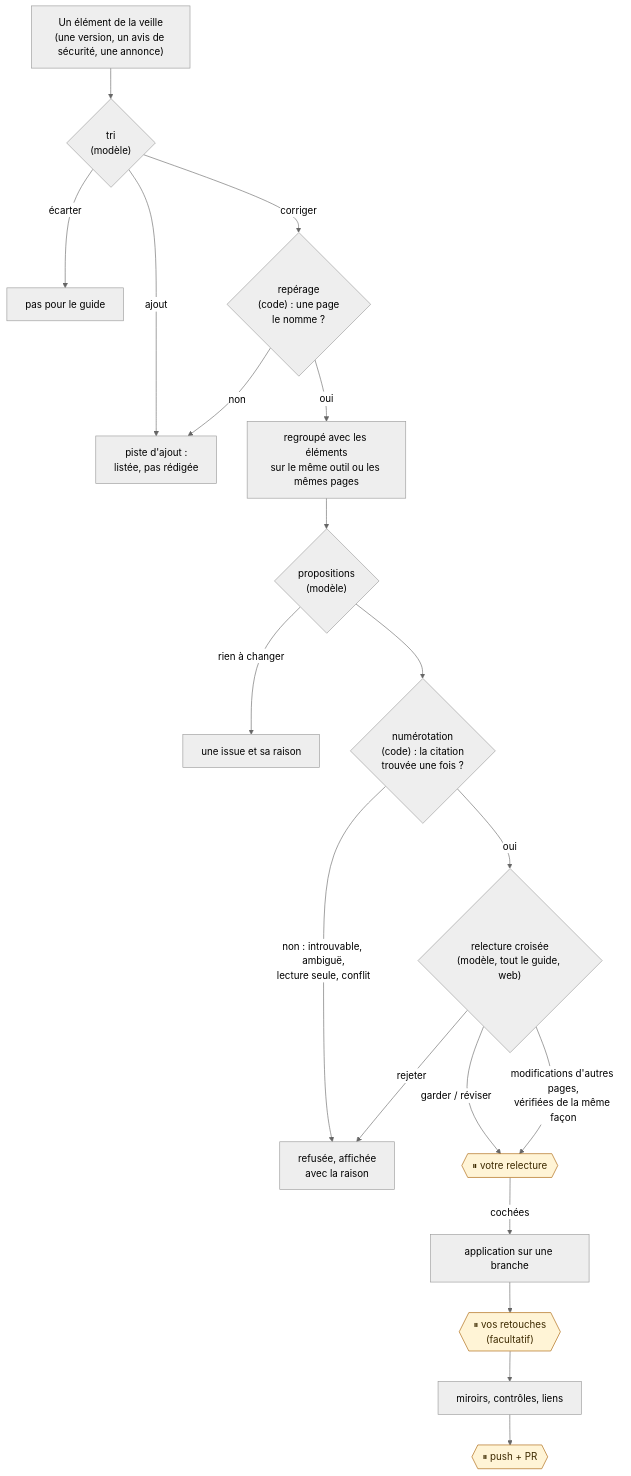
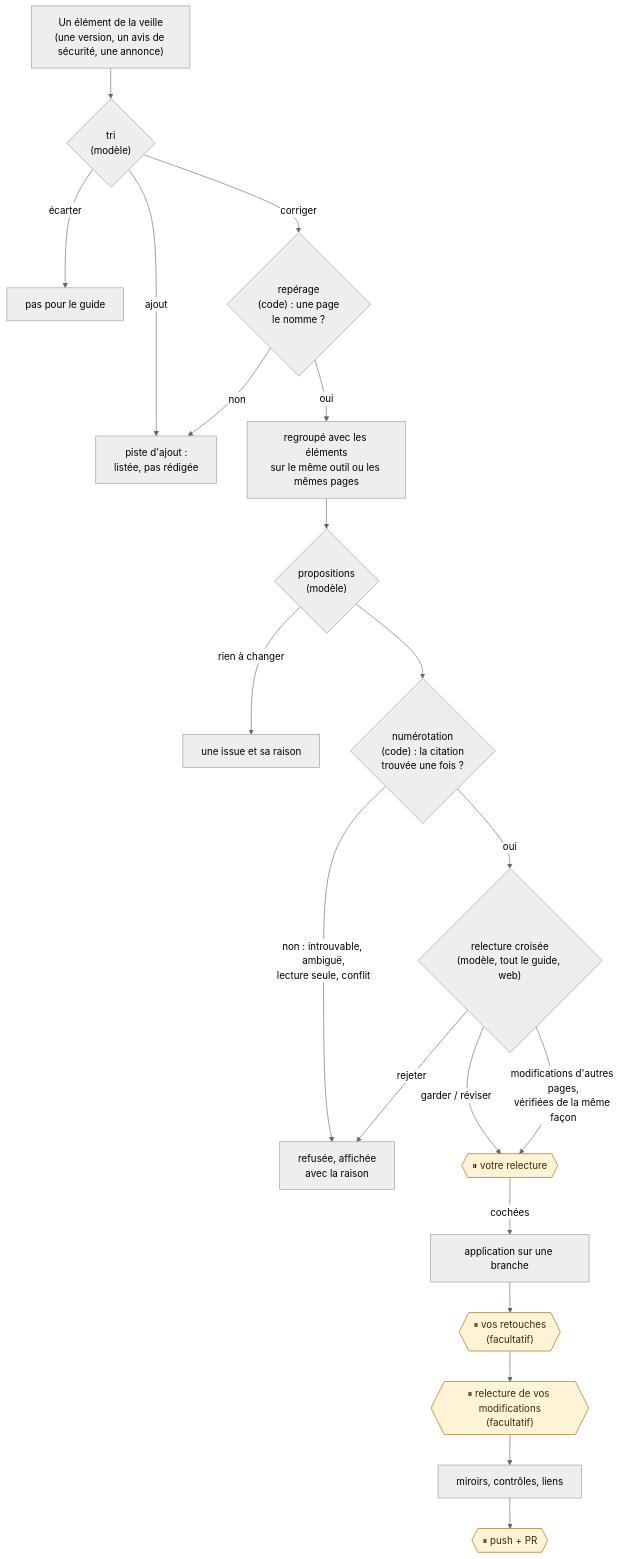
One commit to DamienBecherini/vault-watch-agent changed the diagram in docs/fr/run.md. Above: the diagram before and after it, drawn with Mermaid (neutral theme). The commit also changed other lines of this file and 6 other files, not shown here.

Commit message:
docs(proofread): the proofreading of the editor's edits in a run: both diagrams of the README, the five pauses, run.md (the pause, the publish loop, the command line), code.md, CHANGELOG

````diff
--- a/docs/fr/run.md
+++ b/docs/fr/run.md
@@ -10,21 +10,22 @@
 ```mermaid
 flowchart TD
   item["Un élément de la veille<br/>(une version, un avis de sécurité, une annonce)"] --> triage{"tri<br/>(modèle)"}
   triage -->|écarter| out1["pas pour le guide"]
   triage -->|ajout| add["piste d'ajout :<br/>listée, pas rédigée"]
   triage -->|corriger| locate{"repérage<br/>(code) : une page<br/>le nomme ?"}
   locate -->|non| add
   locate -->|oui| group["regroupé avec les éléments<br/>sur le même outil ou les mêmes pages"]
   group --> propose{"propositions<br/>(modèle)"}
   propose -->|rien à changer| why["une issue et sa raison"]
   propose --> number{"numérotation<br/>(code) : la citation<br/>trouvée une fois ?"}
   number -->|"non : introuvable, ambiguë,<br/>lecture seule, conflit"| refused["refusée, affichée<br/>avec la raison"]
   number -->|oui| cross{"relecture croisée<br/>(modèle, tout le guide, web)"}
   cross -->|rejeter| refused
   cross -->|"garder / réviser"| review{{"⏸ votre relecture"}}
   cross -->|"modifications d'autres pages,<br/>vérifiées de la même façon"| review
   review -->|cochées| apply["application sur une branche"] --> retouch{{"⏸ vos retouches<br/>(facultatif)"}}
-  retouch --> rest["miroirs, contrôles, liens"] --> publish{{"⏸ push + PR"}}
+  retouch --> proof{{"⏸ relecture de vos modifications<br/>(facultatif)"}}
+  proof --> rest["miroirs, contrôles, liens"] --> publish{{"⏸ push + PR"}}
   classDef human fill:#fff4d6,stroke:#a65f00,color:#3d2a00
-  class review,retouch,publish human
+  class review,retouch,proof,publish human
 ```
````
